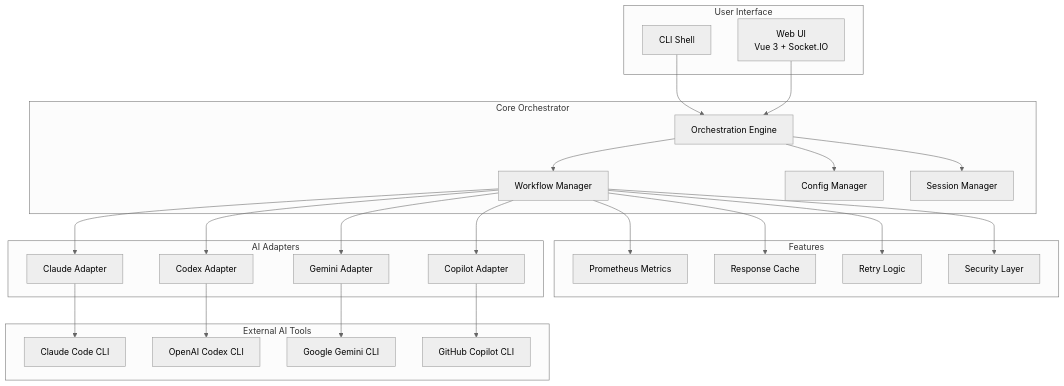
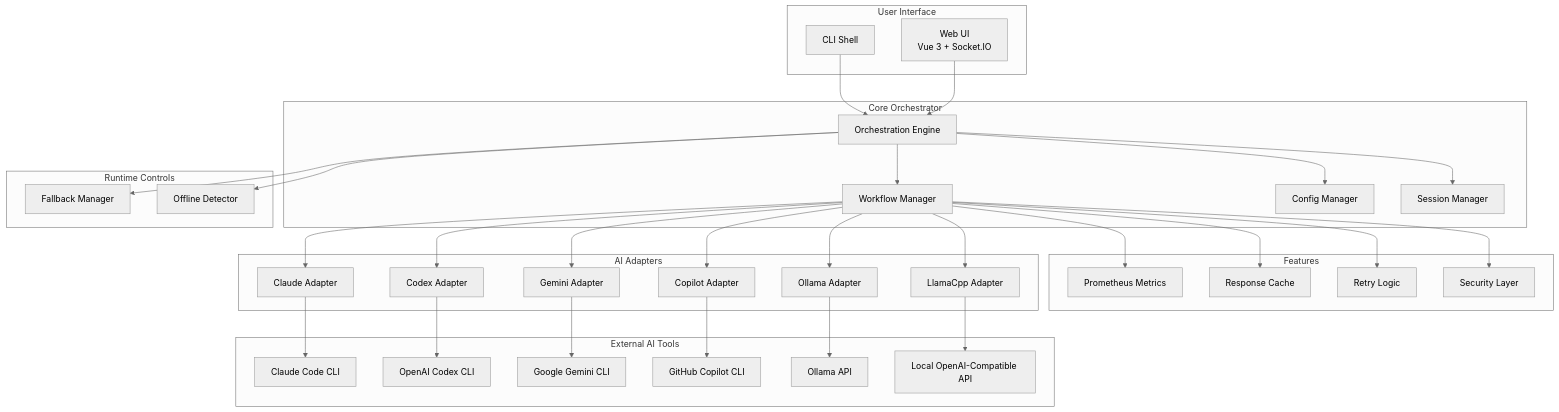
The second of 2 diagrams in README.md (KhaiTrang1995/AI-Agents-Orchestrator), drawn with Mermaid (neutral theme) before and after one commit. The commit also changed other lines of this file and 32 other files, not shown here.

Commit message:
feat: implement offline mode detection and fallback routing for local agents

````diff
--- a/README.md
+++ b/README.md
@@ -56,53 +59,68 @@
 ```mermaid
 flowchart TB
     subgraph User Interface
         CLI[CLI Shell]
         WebUI[Web UI<br/>Vue 3 + Socket.IO]
     end
 
     subgraph Core Orchestrator
         Engine[Orchestration Engine]
         Workflow[Workflow Manager]
         Config[Config Manager]
         Session[Session Manager]
     end
 
     subgraph Features
         Metrics[Prometheus Metrics]
         Cache[Response Cache]
         Retry[Retry Logic]
         Security[Security Layer]
     end
 
     subgraph AI Adapters
         Claude[Claude Adapter]
         Codex[Codex Adapter]
         Gemini[Gemini Adapter]
         Copilot[Copilot Adapter]
+        Ollama[Ollama Adapter]
+        LlamaCpp[LlamaCpp Adapter]
     end
 
     subgraph External AI Tools
         ClaudeCLI[Claude Code CLI]
         CodexCLI[OpenAI Codex CLI]
         GeminiCLI[Google Gemini CLI]
         CopilotCLI[GitHub Copilot CLI]
+        OllamaAPI[Ollama API]
+        LocalOpenAI[Local OpenAI-Compatible API]
+    end
+
+    subgraph Runtime Controls
+        Fallback[Fallback Manager]
+        Offline[Offline Detector]
     end
 
     CLI --> Engine
     WebUI --> Engine
     Engine --> Workflow
     Engine --> Config
     Engine --> Session
+    Engine --> Fallback
+    Engine --> Offline
     Workflow --> Metrics
     Workflow --> Cache
     Workflow --> Retry
     Workflow --> Security
     Workflow --> Claude
     Workflow --> Codex
     Workflow --> Gemini
     Workflow --> Copilot
+    Workflow --> Ollama
+    Workflow --> LlamaCpp
     Claude --> ClaudeCLI
     Codex --> CodexCLI
     Gemini --> GeminiCLI
     Copilot --> CopilotCLI
+    Ollama --> OllamaAPI
+    LlamaCpp --> LocalOpenAI
 ```
````
